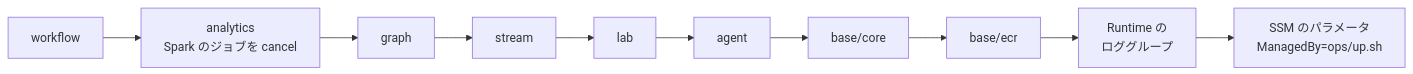
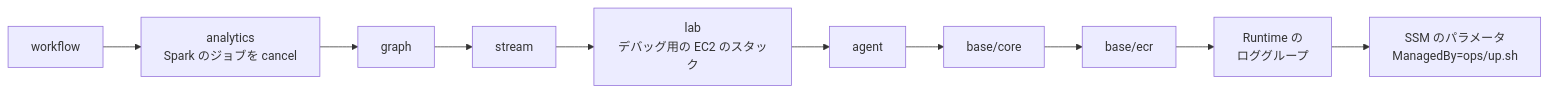
The diagram in docs/deploy.md (eddie-eights/cf-netops-sandbox), drawn with Mermaid before and after one commit. The commit also changed other lines of this file and 58 other files, not shown here.

First line of the commit message:
デバッグ用の EC2（LAB_DEBUG）、lab の syslog を local7 に、SYSLOG_STANDARD（既定 RFC3164）、netops-* の名前を nwc-* に

````diff
--- a/docs/deploy.md
+++ b/docs/deploy.md
@@ -71,4 +74,4 @@
 ```mermaid
 flowchart LR
-  A["workflow"] --> B["analytics<br/>Spark のジョブを cancel"] --> C["graph"] --> D["stream"] --> E["lab"] --> F["agent"] --> G["base/core"] --> H["base/ecr"] --> I["Runtime の<br/>ロググループ"] --> J["SSM のパラメータ<br/>ManagedBy=ops/up.sh"]
+  A["workflow"] --> B["analytics<br/>Spark のジョブを cancel"] --> C["graph"] --> D["stream"] --> E["lab<br/>デバッグ用の EC2 のスタック"] --> F["agent"] --> G["base/core"] --> H["base/ecr"] --> I["Runtime の<br/>ロググループ"] --> J["SSM のパラメータ<br/>ManagedBy=ops/up.sh"]
 ```
````
